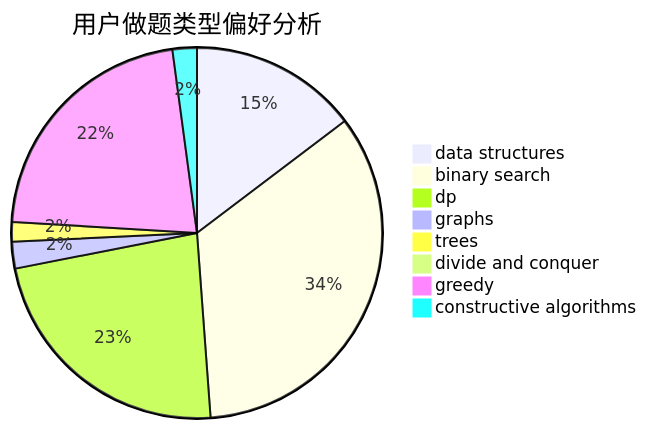
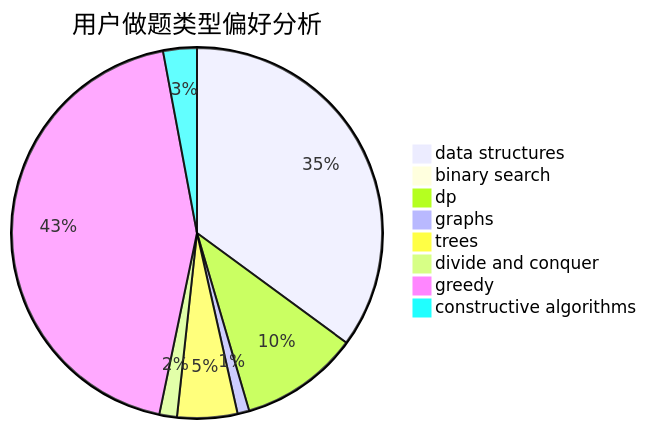
Before and after one commit to sherpahu/cfrs.github.io: the second of 3 diagrams in docs/user/u6.md, drawn with Mermaid. The commit also changed other lines of this file and 2770 other files, not shown here.

````diff
--- a/docs/user/u6.md
+++ b/docs/user/u6.md
@@ -23,11 +23,11 @@
 ```mermaid
 pie title 用户做题类型偏好分析
-    "data structures" :  138
-    "binary search" :  321
-    "dp" :  217
-    "graphs" :  22
-    "trees" :  16
-    "divide and conquer" :  0
-    "greedy" :  206
-    "constructive algorithms" :  20
+    "data structures" :  274
+    "binary search" :  6
+    "dp" :  81
+    "graphs" :  8
+    "trees" :  41
+    "divide and conquer" :  12
+    "greedy" :  342
+    "constructive algorithms" :  23
 ```
````
